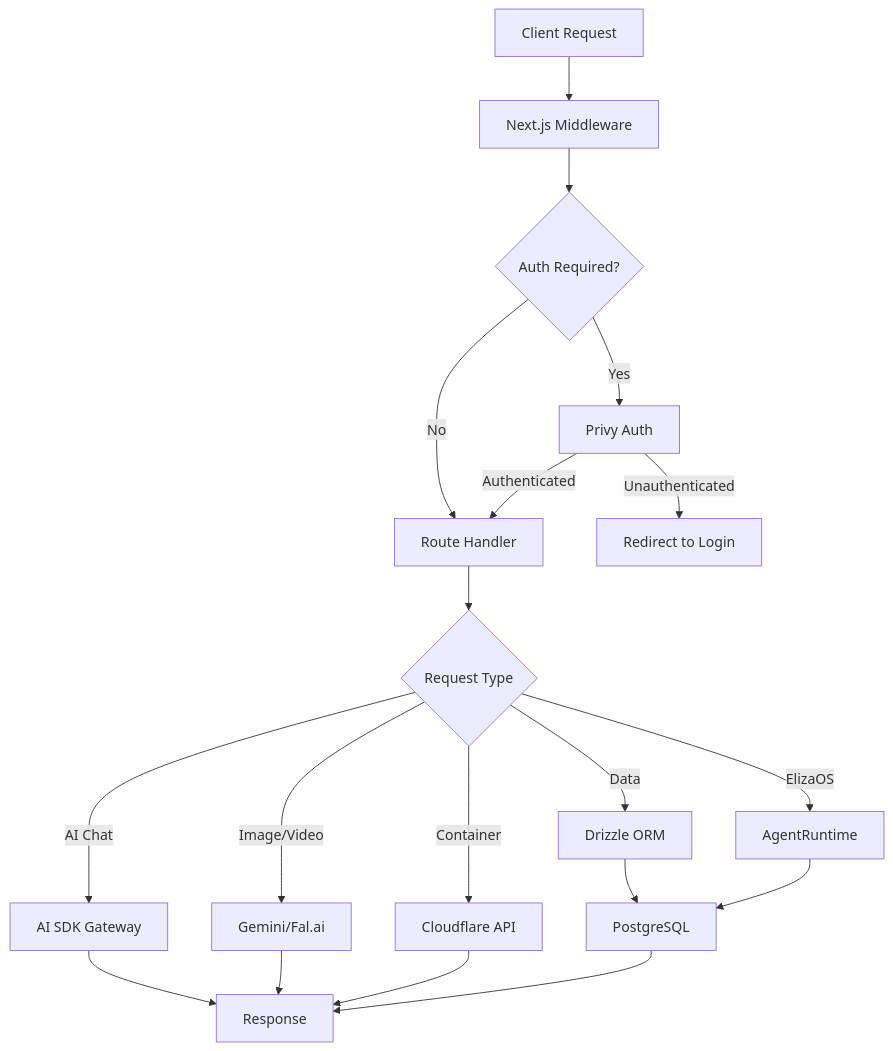
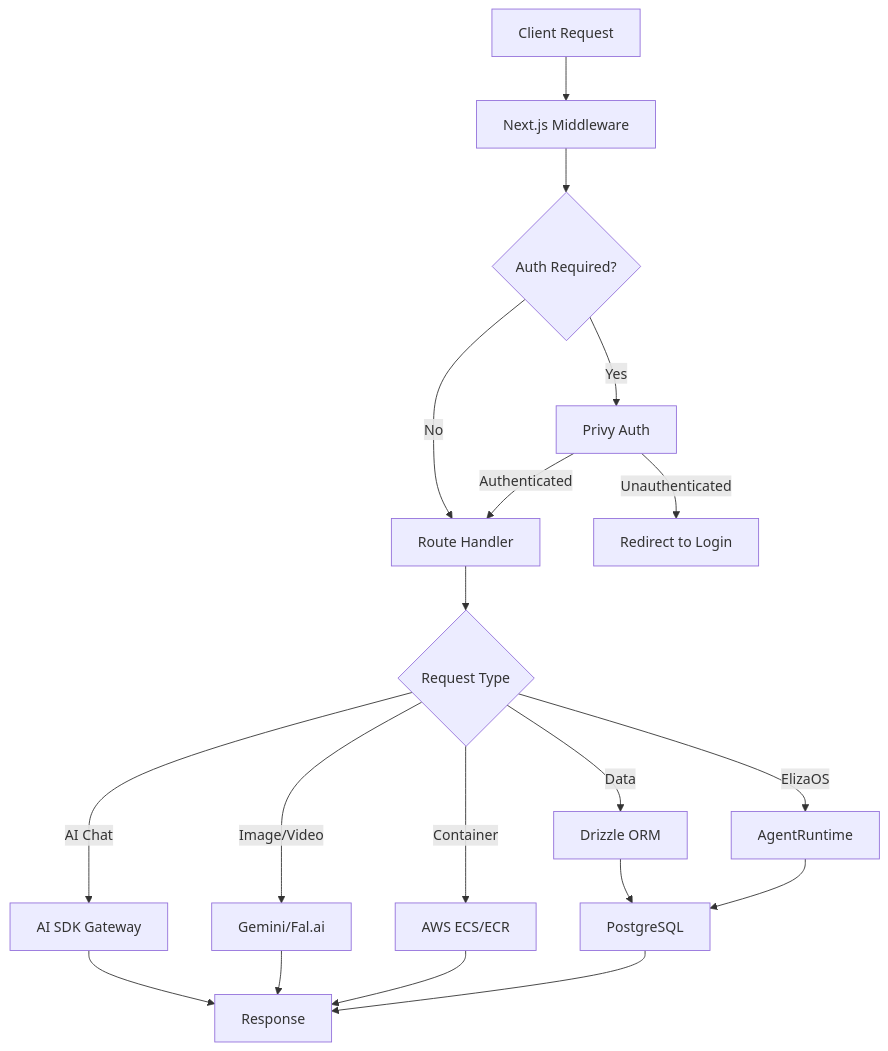
One commit to elizaOS/cloud changed the diagram in README.md. Above: the diagram before and after it, drawn with Mermaid. The commit also changed other lines of this file and 36 other files, not shown here.

````diff
--- a/README.md
+++ b/README.md
@@ -249,21 +245,21 @@
 ```mermaid
 graph TD
     A[Client Request] --> B[Next.js Middleware]
     B --> C{Auth Required?}
     C -->|Yes| D[Privy Auth]
     C -->|No| E[Route Handler]
     D -->|Authenticated| E
     D -->|Unauthenticated| F[Redirect to Login]
     E --> G{Request Type}
     G -->|AI Chat| H[AI SDK Gateway]
     G -->|Image/Video| I[Gemini/Fal.ai]
     G -->|Data| J[Drizzle ORM]
-    G -->|Container| K[Cloudflare API]
+    G -->|Container| K[AWS ECS/ECR]
     G -->|ElizaOS| L[AgentRuntime]
     H --> M[Response]
     I --> M
     J --> N[PostgreSQL]
     K --> M
     L --> N
     N --> M
 ```
````
